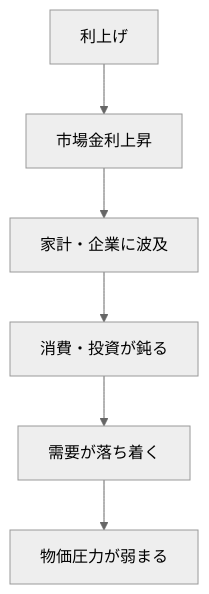
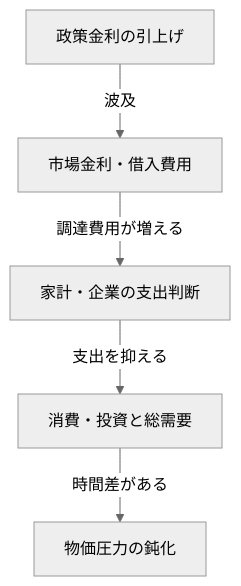
Before and after one commit to daylight55/research: the second of 5 diagrams in articles/report/interest-rate-policy-primer/ja/index.mdx, drawn with Mermaid (neutral theme). The commit also changed other lines of this file and 181 other files, not shown here.

First line of the commit message:
全記事の図解368点を再生成し、共通注意書きを削除 (#402)

````diff
--- a/articles/report/interest-rate-policy-primer/ja/index.mdx
+++ b/articles/report/interest-rate-policy-primer/ja/index.mdx
@@ -58,8 +64,14 @@
 ```mermaid
-flowchart TB
-  A["利上げ"] --> B["市場金利上昇"]
-  B --> C["家計・企業に波及"]
-  C --> D["消費・投資が鈍る"]
-  D --> E["需要が落ち着く"]
-  E --> F["物価圧力が弱まる"]
+flowchart TD
+  accTitle: 政策金利から物価までの需要経路
+  accDescr: 市場金利と家計・企業の支出判断を経て需要が変わる。利上げが直ちに物価を下げるわけではない。
+  N0["政策金利の引上げ"]
+  N1["市場金利・借入費用"]
+  N2["家計・企業の支出判断"]
+  N3["消費・投資と総需要"]
+  N4["物価圧力の鈍化"]
+  N0 -->|波及| N1
+  N1 -->|調達費用が増える| N2
+  N2 -->|支出を抑える| N3
+  N3 -->|時間差がある| N4
 ```
````
